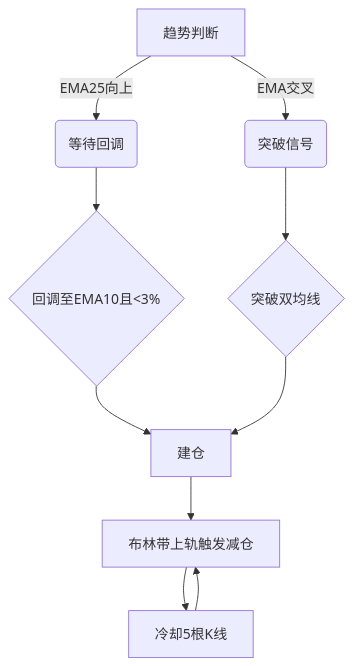
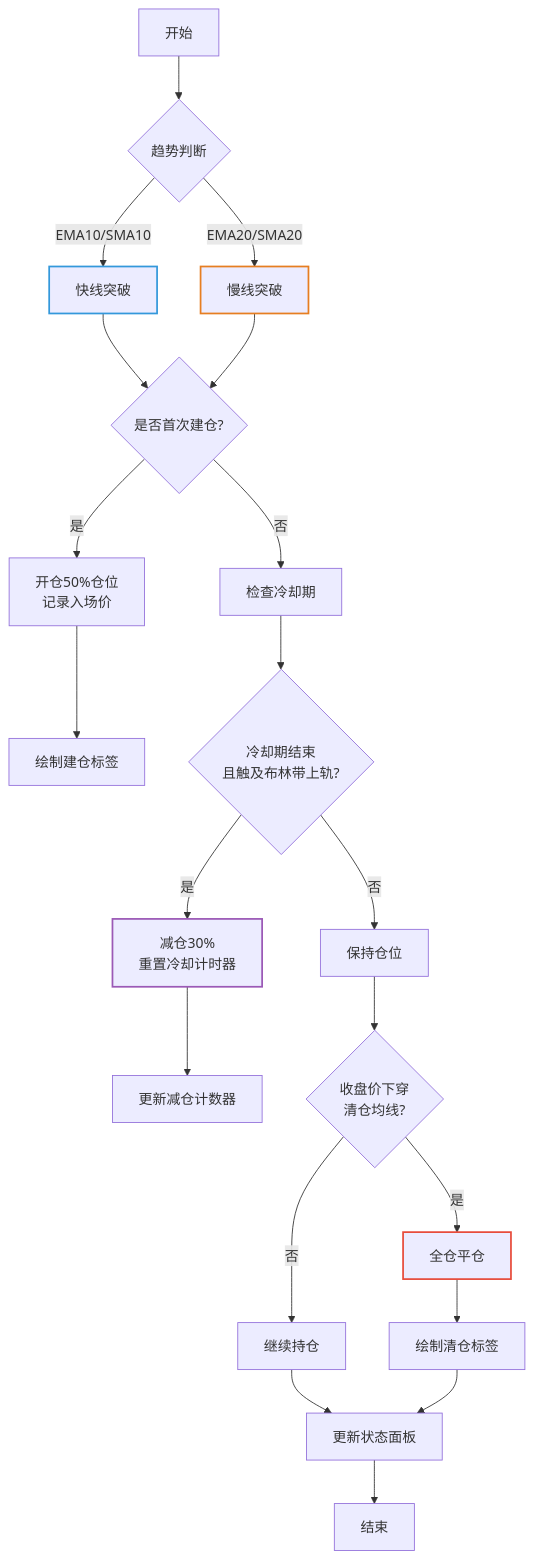
One commit to tangly1024/TrendWaveTracker- changed the first of 3 diagrams in README.md. Above: the diagram before and after it, drawn with Mermaid. The commit also changed other lines of this file, not shown here.

````diff
--- a/README.md
+++ b/README.md
@@ -85,12 +86,29 @@
 ```mermaid
-graph TD
-
-A[趋势判断] -->|EMA25向上| B(等待回调)
-A -->|EMA交叉| C(突破信号)
-B --> D{回调至EMA10且<3%}
-C --> E{突破双均线}
-D & E --> F[建仓]
-F --> G[布林带上轨触发减仓]
-G --> H[冷却5根K线]
-H --> G
+flowchart TD
+    A[开始] --> B{趋势判断}
+    B -->|EMA10/SMA10| C[快线突破]
+    B -->|EMA20/SMA20| D[慢线突破]
+    C & D --> E{是否首次建仓?}
+    E -->|是| F[开仓50%仓位<br/>记录入场价]
+    E -->|否| G[检查冷却期]
+    
+    F --> H[绘制建仓标签]
+    G --> I{冷却期结束<br/>且触及布林带上轨?}
+    I -->|是| J[减仓30%<br/>重置冷却计时器]
+    I -->|否| K[保持仓位]
+    
+    J --> L[更新减仓计数器]
+    K --> M{收盘价下穿<br/>清仓均线?}
+    M -->|是| N[全仓平仓]
+    M -->|否| O[继续持仓]
+    
+    N --> P[绘制清仓标签]
+    O --> Q[更新状态面板]
+    P --> Q
+    Q --> R[结束]
+    
+    style C stroke:#3498db,stroke-width:2px
+    style D stroke:#e67e22,stroke-width:2px
+    style J stroke:#9b59b6,stroke-width:2px
+    style N stroke:#e74c3c,stroke-width:2px
 ```
````
